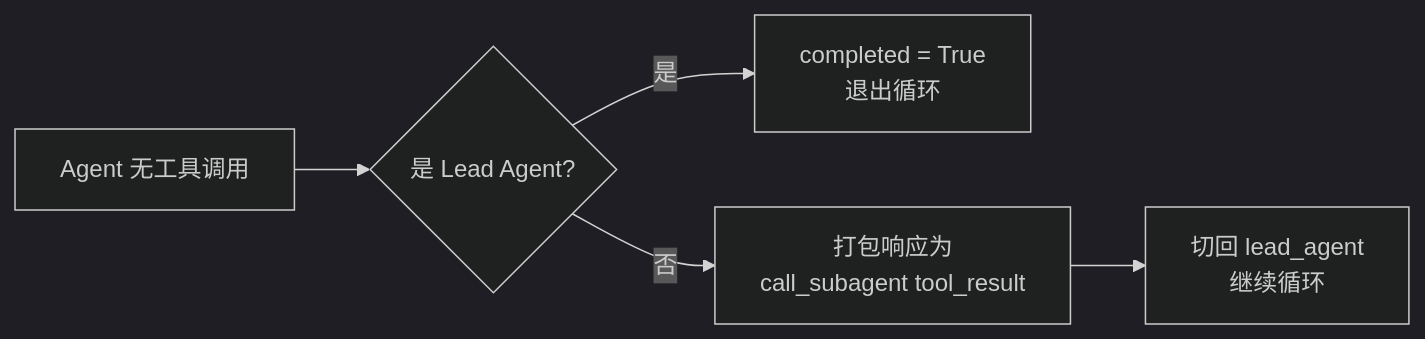
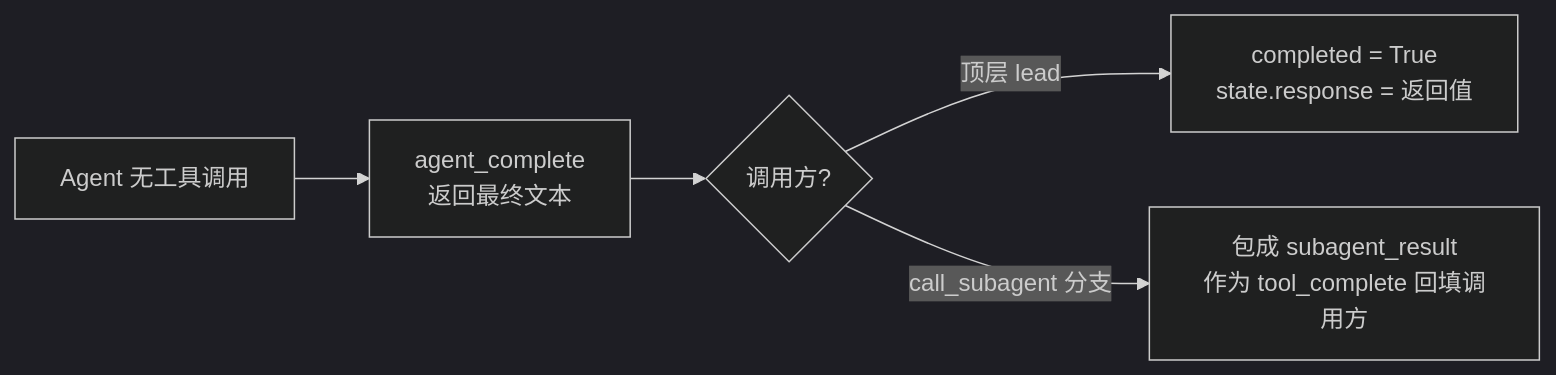
One commit to Neutrino1998/artifact-flow changed the second of 3 diagrams in docs/architecture/engine.md. Above: the diagram before and after it, drawn with Mermaid (dark theme). The commit also changed other lines of this file and 13 other files, not shown here.

First line of the commit message:
refactor(engine): call_subagent 原地递归(嵌套串行),同轮混合调用按自然序执行

````diff
--- a/docs/architecture/engine.md
+++ b/docs/architecture/engine.md
@@ -92,7 +95,7 @@
 ```mermaid
 flowchart LR
-    NO_TOOLS[Agent 无工具调用] --> IS_LEAD{是 Lead Agent?}
-    IS_LEAD -->|是| EXIT["completed = True<br/>退出循环"]
-    IS_LEAD -->|否| PACK["打包响应为<br/>call_subagent tool_result"]
-    PACK --> SWITCH["切回 lead_agent<br/>继续循环"]
+    NO_TOOLS[Agent 无工具调用] --> RET["agent_complete<br/>返回最终文本"]
+    RET --> IS_LEAD{调用方?}
+    IS_LEAD -->|顶层 lead| EXIT["completed = True<br/>state.response = 返回值"]
+    IS_LEAD -->|call_subagent 分支| PACK["包成 subagent_result<br/>作为 tool_complete 回填调用方"]
 ```
````
